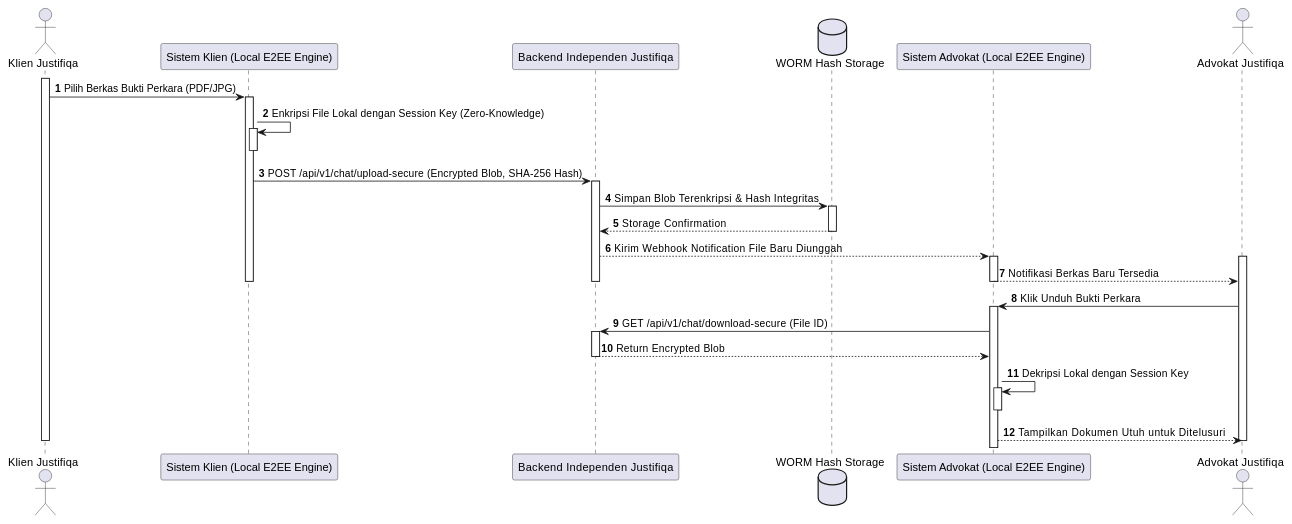
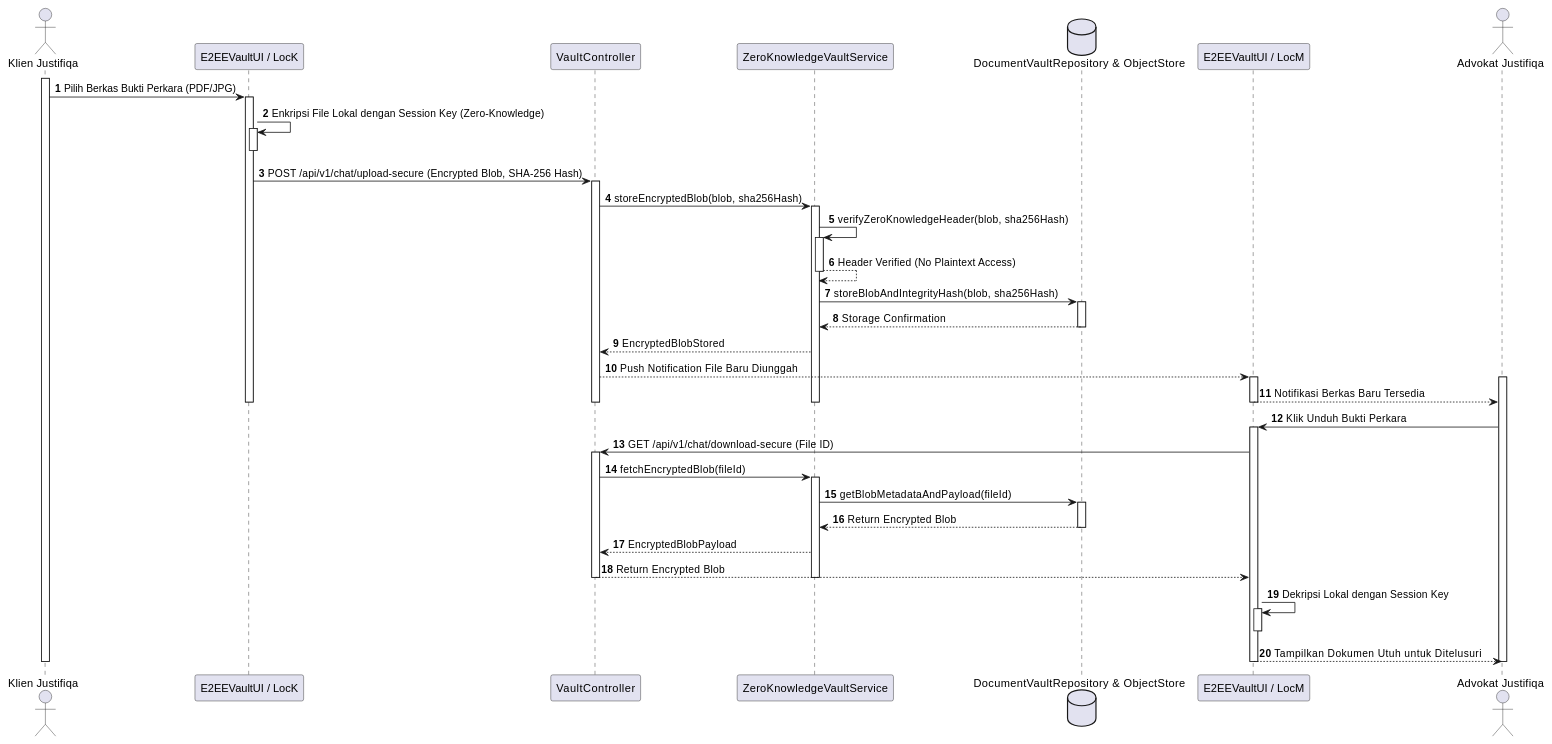
Before and after one commit to tupperwureism/SuperApp-Gagal: the fifth of 28 diagrams in MarkDown/plantuml_sequence_diagrams.md, drawn with PlantUML. The commit also changed other lines of this file, not shown here.

Commit message:
refactor(SD): refactor SD-J-01 through SD-J-05 to 5-Lifeline BCE architecture

````diff
--- a/MarkDown/plantuml_sequence_diagrams.md
+++ b/MarkDown/plantuml_sequence_diagrams.md
@@ -498,34 +594,48 @@
 ```plantuml
 @startuml
 autonumber
 actor "Klien Justifiqa" as Klien
-participant "Sistem Klien (Local E2EE Engine)" as LocK
-participant "Backend Independen Justifiqa" as BE
-database "WORM Hash Storage" as WORM
-participant "Sistem Advokat (Local E2EE Engine)" as LocM
+participant "E2EEVaultUI / LocK" as LocK
+participant "VaultController" as CTRL
+participant "ZeroKnowledgeVaultService" as SVC
+database "DocumentVaultRepository & ObjectStore" as REPO
+participant "E2EEVaultUI / LocM" as LocM
 actor "Advokat Justifiqa" as Mitra
 
 activate Klien
 Klien -> LocK ++ : Pilih Berkas Bukti Perkara (PDF/JPG)
 LocK -> LocK ++ : Enkripsi File Lokal dengan Session Key (Zero-Knowledge)
 deactivate LocK
-LocK -> BE ++ : POST /api/v1/chat/upload-secure (Encrypted Blob, SHA-256 Hash)
-BE -> WORM ++ : Simpan Blob Terenkripsi & Hash Integritas
-WORM --> BE -- : Storage Confirmation
-BE --> LocM ++ : Kirim Webhook Notification File Baru Diunggah
+LocK -> CTRL ++ : POST /api/v1/chat/upload-secure (Encrypted Blob, SHA-256 Hash)
+CTRL -> SVC ++ : storeEncryptedBlob(blob, sha256Hash)
+SVC -> SVC ++ : verifyZeroKnowledgeHeader(blob, sha256Hash)
+SVC --> SVC -- : Header Verified (No Plaintext Access)
+
+SVC -> REPO ++ : storeBlobAndIntegrityHash(blob, sha256Hash)
+REPO --> SVC -- : Storage Confirmation
+SVC --> CTRL : EncryptedBlobStored
+CTRL --> LocM ++ : Push Notification File Baru Diunggah
 activate Mitra
 LocM --> Mitra : Notifikasi Berkas Baru Tersedia
 deactivate LocM
-deactivate BE
+deactivate SVC
+deactivate CTRL
 deactivate LocK
 
 Mitra -> LocM ++ : Klik Unduh Bukti Perkara
-LocM -> BE ++ : GET /api/v1/chat/download-secure (File ID)
-BE --> LocM -- : Return Encrypted Blob
+LocM -> CTRL ++ : GET /api/v1/chat/download-secure (File ID)
+CTRL -> SVC ++ : fetchEncryptedBlob(fileId)
+SVC -> REPO ++ : getBlobMetadataAndPayload(fileId)
+REPO --> SVC -- : Return Encrypted Blob
+SVC --> CTRL : EncryptedBlobPayload
+CTRL --> LocM -- : Return Encrypted Blob
+deactivate SVC
+
 LocM -> LocM ++ : Dekripsi Lokal dengan Session Key
 deactivate LocM
 LocM --> Mitra : Tampilkan Dokumen Utuh untuk Ditelusuri
+deactivate LocM
 deactivate Klien
 deactivate Mitra
 @enduml
 ```
````
